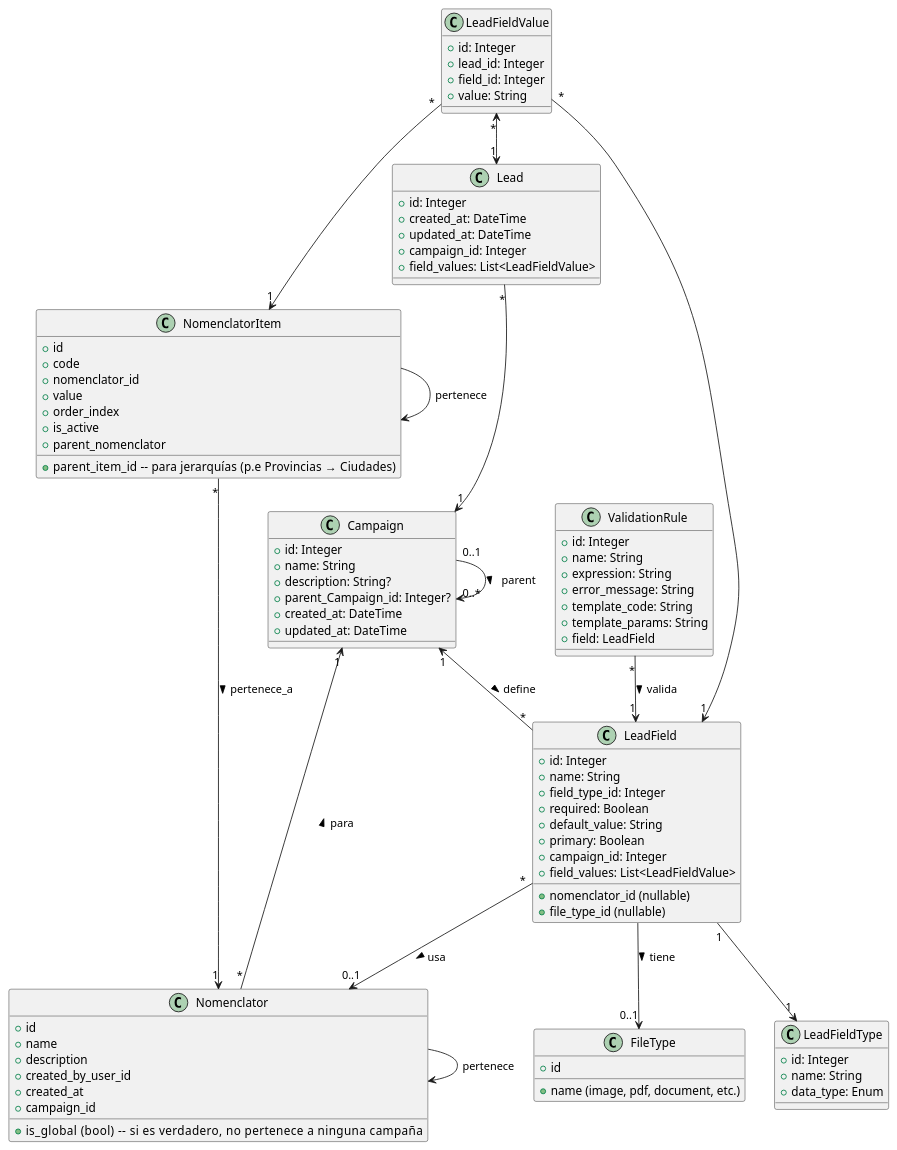
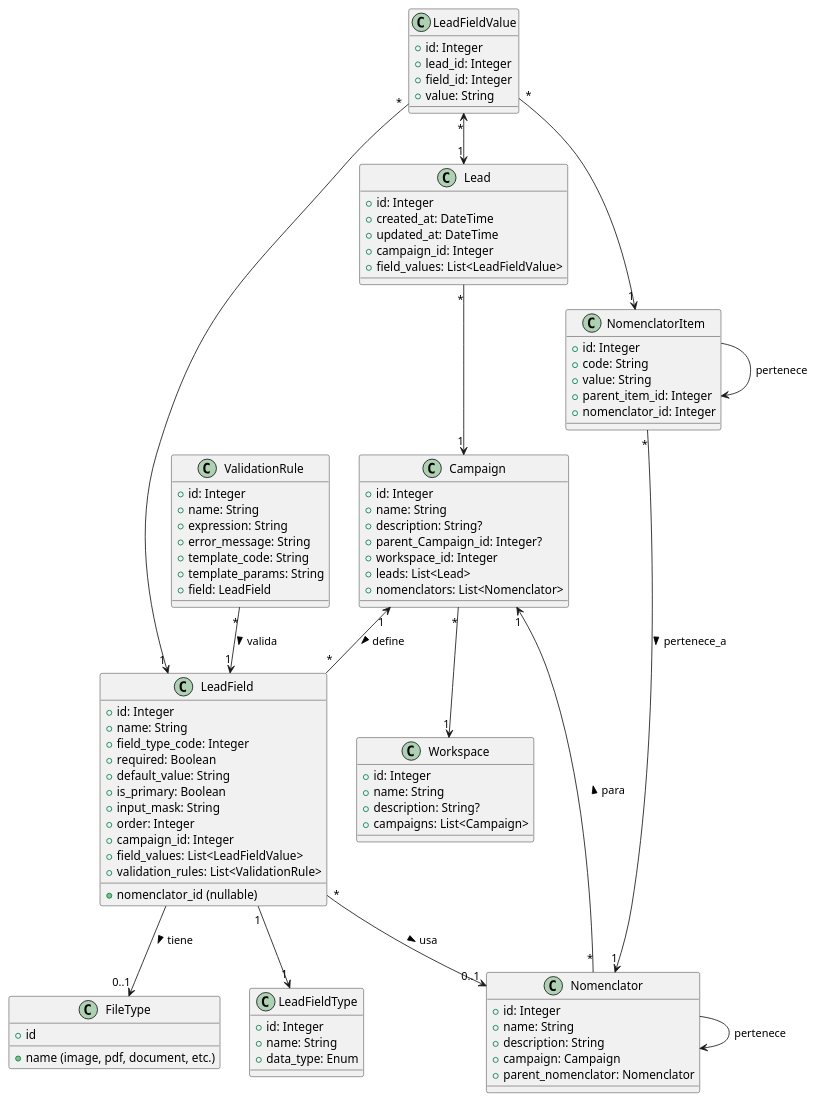
The diagram in diagrama_clases.plantuml (francoruiz48/crm_project_docs), drawn with PlantUML before and after one commit.

Commit message:
Clean up UML diagram by removing example comments
Removed example comments from various classes in the UML diagram to improve clarity and reduce clutter.

```diff
--- a/diagrama_clases.plantuml
+++ b/diagrama_clases.plantuml
@@ -12,33 +12,20 @@
     +field_values: List<LeadFieldValue>
 }
 
-/'
-    Ejemplos:
-    id = 15
-    created_at = "2025-01-10 12:33:00"
-    updated_at = "2025-01-10 12:33:00"
-'/
-
 class LeadField {
     +id: Integer
     +name: String
-    +field_type_id: Integer
+    +field_type_code: Integer
     +required: Boolean
     +default_value: String
-    +primary: Boolean
+    +is_primary: Boolean
+    +input_mask: String
+    +order: Integer
     +campaign_id: Integer
     +field_values: List<LeadFieldValue>
     +nomenclator_id (nullable)
-    +file_type_id (nullable) 
+    +validation_rules: List<ValidationRule>
 }
-
-/'
-    Ejemplos:
-    id = 1, name = "fecha_desde", field_type_id = 2 (DATE)
-    id = 2, name = "fecha_hasta", field_type_id = 2 (DATE)
-    id = 3, name = "monto_total", field_type_id = 3 (NUMBER)
-    id = 4, name = "descripcion", field_type_id = 1 (TEXT)
-'/
 
 class FileType{
     +id
@@ -52,27 +39,12 @@
     +value: String
 }
 
-/'
-    Ejemplos:
-    lead_id=15, field_id=1 (fecha_desde), value="2025-02-01"
-    lead_id=15, field_id=2 (fecha_hasta), value="2025-02-10"
-    lead_id=15, field_id=3 (monto_total), value="1500.50"
-'/
-
 class LeadFieldType {
     +id: Integer
     +name: String
     +data_type: Enum
 
 }
-
-/'
-    Ejemplos:
-    id=1, name="Texto", data_type="STRING"
-    id=2, name="Fecha", data_type="DATE"
-    id=3, name="Número", data_type="NUMBER"
-    id=4, name="Lista", data_type="ENUM"
-'/
 
 '==========================================================
 '        VALIDACIONES CONFIGURADAS POR EL USUARIO
@@ -87,23 +59,6 @@
     +template_params: String
     +field: LeadField
 }
-/'
-    Ejemplos:
-    id=1
-    name="Fecha Desde Antes de Fecha Hasta"
-    expression="value < fields[2]"
-    error_message="La fecha 'Desde' debe ser anterior a la fecha 'Hasta'."
-    template_code= null
-    template_params=null
-    field: LeadField(id=1, name="fecha_desde")
-
-    id=2
-    name="Monto Total Positivo"
-    expression="value > 0"
-    error_message="El monto total debe ser un valor positivo."
-    template_code= "MIN_NUMBER"
-    template_params={"min":0}
-'/
 '==========================
 ' GRUPOS / SEGMENTOS
 '==========================
@@ -113,28 +68,17 @@
     +name: String
     +description: String?
     +parent_Campaign_id: Integer?
-    +created_at: DateTime
-    +updated_at: DateTime
+    +workspace_id: Integer
+    +leads: List<Lead>
+    +nomenclators: List<Nomenclator>
 }
 
-/'
-    Ejemplos:
-    id:1
-    name: "Expo Educativa 2024"
-    description: "Leads capturados en la Expo Educativa 2024"
-    parent_Campaign_id: 2
-    created_at: "2024-05-01 10:00:00"
-    updated_at: "2024-05-01 10:00:00"
-
-    Ejemplos:
-    id:2
-    name: "Clientes VIP"
-    description: "Leads con estatus VIP"
-    parent_Campaign_id: null
-    created_at: "2024-05-01 10:00:00"
-    updated_at: "2024-05-01 10:00:00"
-
-'/
+class Workspace {
+    +id: Integer
+    +name: String
+    +description: String?
+    +campaigns: List<Campaign>
+}
 
 
 '==========================================================
@@ -142,62 +86,21 @@
 '==========================================================
 
 class Nomenclator{
-    +id
-    +name
-    +description
-    +is_global (bool)         -- si es verdadero, no pertenece a ninguna campaña
-    +created_by_user_id
-    +created_at
-    +campaign_id
+    +id: Integer
+    +name: String
+    +description: String
+    +campaign: Campaign
+    +parent_nomenclator: Nomenclator
 }
-/'
-    Ejemplos:
-    id:1
-    name: "Países"
-    description: "Lista de países para selección en formularios"
-    is_global: true
-    created_by_user_id: 2
-    created_at: "2024-07-01 09:00:00"
-
-    Ejemplos:
-    id:2
-    name: "Provincias"
-    description: "Lista de países para selección en formularios"
-    is_global: true
-    created_by_user_id: 2
-    created_at: "2024-07-01 09:00:00"
-'/
 
 class NomenclatorItem{
-    +id
-    +code 
-    +nomenclator_id
-    +value        
-    +parent_item_id    -- para jerarquías (p.e Provincias → Ciudades)
-    +order_index
-    +is_active
-    +parent_nomenclator
+    +id: Integer
+    +code: String
+    +value: String
+    +parent_item_id: Integer
+    +nomenclator_id: Integer
 }
 
-/'
-    Ejemplos:
-    id:1
-    code: "AR"
-    nomenclator_id: 1 (Países)
-    value: "Argentina"
-    parent_item_id: null
-    order_index: 1
-    is_active: true
-
-    Ejemplos:
-    id:10
-    code: "BA"
-    nomenclator_id: 2 (Provincias)
-    value: "Buenos Aires"
-    parent_item_id: 1 (Argentina)
-    order_index: 1
-    is_active: true
-'/
 
 '==========================================================
 '                          RELACIONES
@@ -215,9 +118,7 @@
 ' explicit membership class relations
 Lead "*" --> "1" Campaign
 Campaign "1" <-- "*" LeadField : define >
-
-' Campaign hierarchy (self-reference)
-Campaign "0..1" --> "0..*" Campaign : parent >
+Campaign "*" --> "1" Workspace
 
 ' Nomenclator relations
 LeadField "*" --> "0..1" Nomenclator : usa >
@@ -227,4 +128,5 @@
 NomenclatorItem --> NomenclatorItem : pertenece
 
 
+
 @enduml
```
